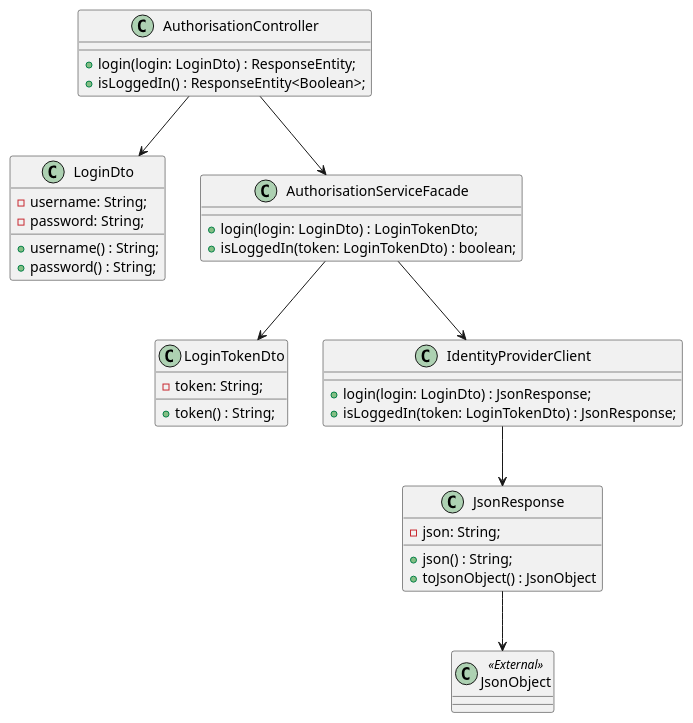
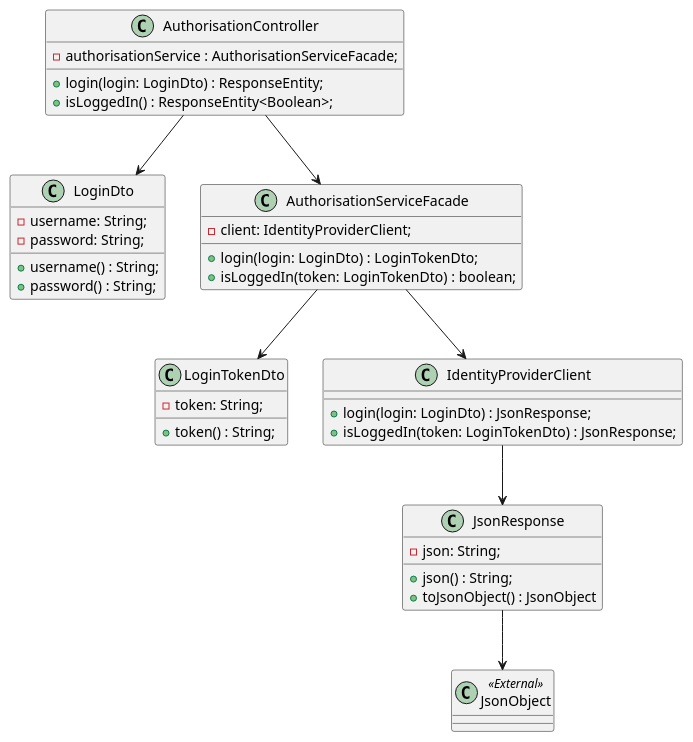
One commit to AIM-ENE-feb25/triptop-groep-b3 changed the diagram in opdracht-diagrammen/week2/les3/class-diagram-facade.puml. Above: the diagram before and after it, drawn with PlantUML. The commit also changed 5 other files, not shown here.

Commit message:
velden toegevoegd aan diagram

```diff
--- a/opdracht-diagrammen/week2/les3/class-diagram-facade.puml
+++ b/opdracht-diagrammen/week2/les3/class-diagram-facade.puml
@@ -1,54 +1,58 @@
 @startuml
 
 ' gekozen ontwerpvraag:
 ' Hoe zorg je ervoor dat je bij een wijziging in de datastructuur van een externe service niet de hele applicatie hoeft aan te passen?
 
 class LoginDto {
     - username: String;
     - password: String;
 
     + username() : String;
     + password() : String;
 }
 
 class JsonObject <<External>> {
 }
 
 class JsonResponse {
     - json: String;
 
     + json() : String;
     + toJsonObject() : JsonObject
 }
 
 class LoginTokenDto {
     - token: String;
 
     + token() : String;
 }
 
 class AuthorisationController {
+    - authorisationService : AuthorisationServiceFacade;
+
     + login(login: LoginDto) : ResponseEntity;
     + isLoggedIn() : ResponseEntity<Boolean>;
 }
 
 class AuthorisationServiceFacade {
+    - client: IdentityProviderClient;
+
     + login(login: LoginDto) : LoginTokenDto;
     + isLoggedIn(token: LoginTokenDto) : boolean;
 }
 
 class IdentityProviderClient {
     + login(login: LoginDto) : JsonResponse;
     + isLoggedIn(token: LoginTokenDto) : JsonResponse;
 }
 
 AuthorisationController --> AuthorisationServiceFacade
 AuthorisationServiceFacade --> IdentityProviderClient
 
 AuthorisationController --> LoginDto
 AuthorisationServiceFacade --> LoginTokenDto
 IdentityProviderClient --> JsonResponse
 
 JsonResponse --> JsonObject
 
 @enduml
```
